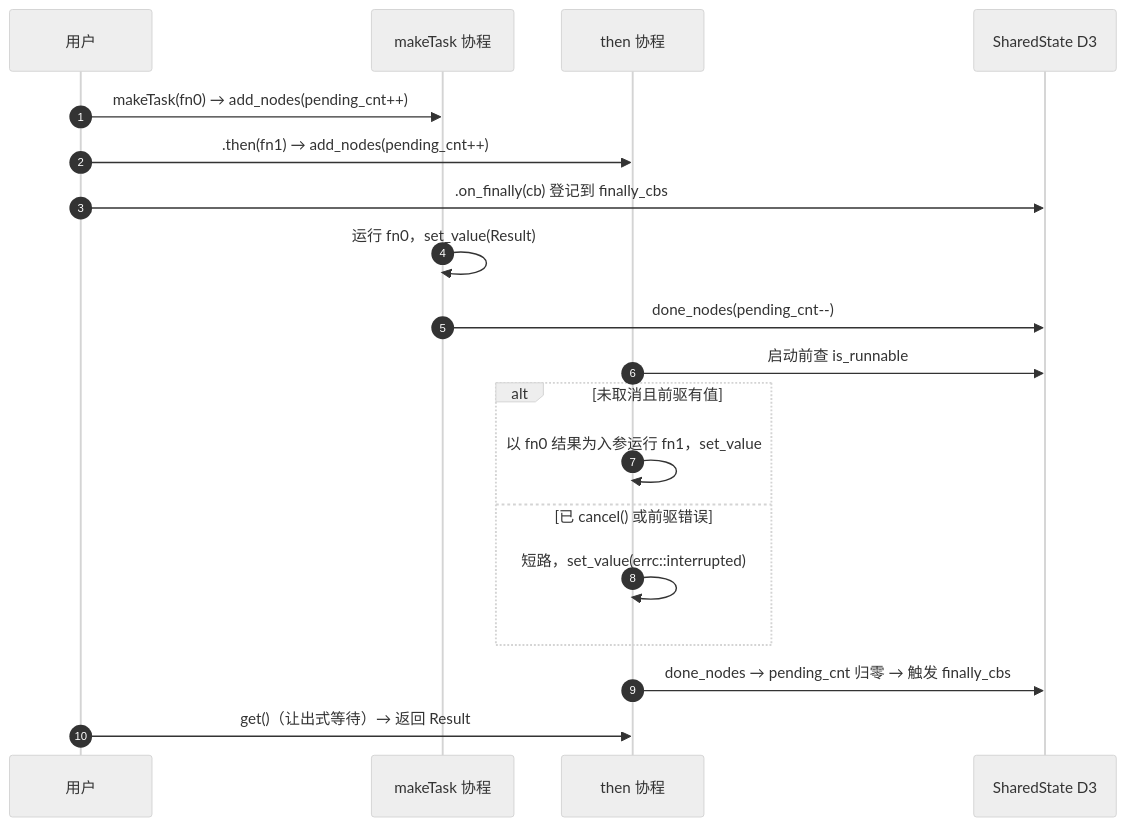
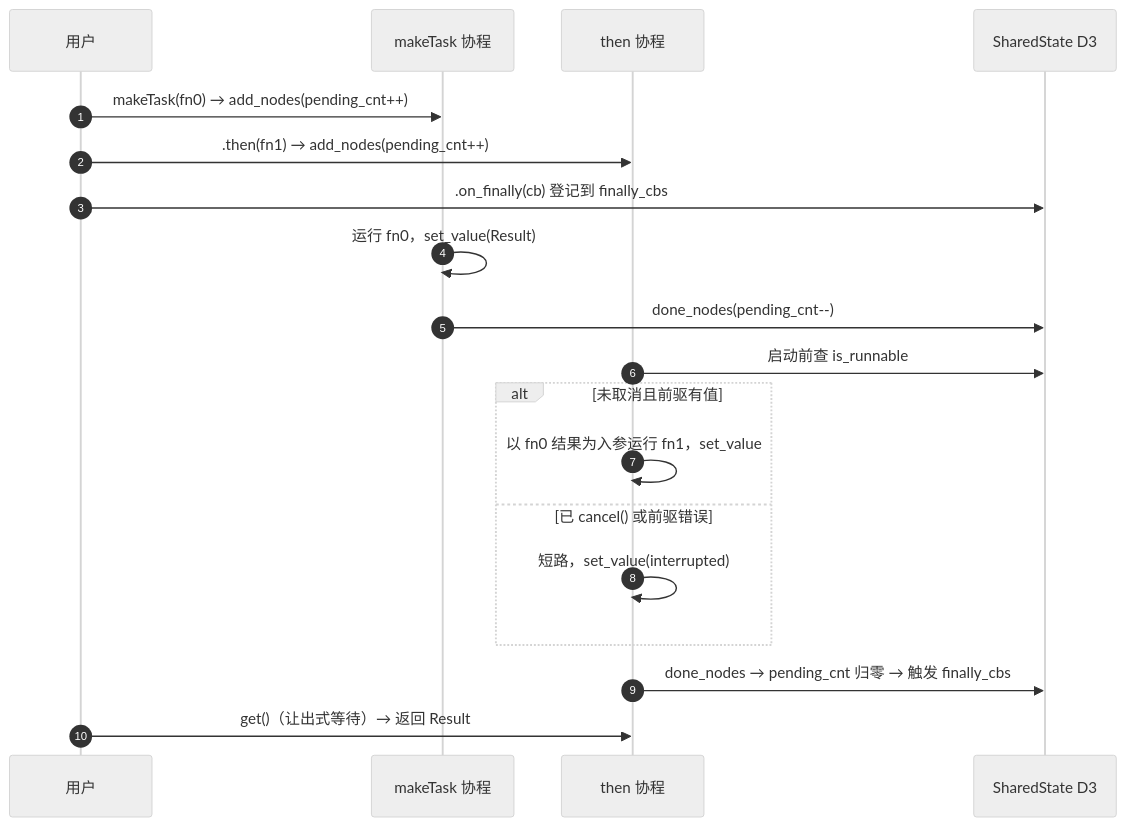
Before and after one commit to Ste7an-cs/AsyncTask: diagram 12 of 16 in doc/软件设计说明.md, drawn with Mermaid (neutral theme). The commit also changed other lines of this file, not shown here.

````diff
--- a/doc/软件设计说明.md
+++ b/doc/软件设计说明.md
@@ -469,22 +487,22 @@
 ```mermaid
 sequenceDiagram
     autonumber
     participant U as 用户
     participant T0 as makeTask 协程
     participant T1 as then 协程
     participant SS as SharedState D3
 
     U->>T0: makeTask(fn0) → add_nodes(pending_cnt++)
     U->>T1: .then(fn1) → add_nodes(pending_cnt++)
     U->>SS: .on_finally(cb) 登记到 finally_cbs
     T0->>T0: 运行 fn0，set_value(Result)
     T0->>SS: done_nodes(pending_cnt--)
     T1->>SS: 启动前查 is_runnable
     alt 未取消且前驱有值
         T1->>T1: 以 fn0 结果为入参运行 fn1，set_value
     else 已 cancel() 或前驱错误
-        T1->>T1: 短路，set_value(errc::interrupted)
+        T1->>T1: 短路，set_value(interrupted)
     end
     T1->>SS: done_nodes → pending_cnt 归零 → 触发 finally_cbs
     U->>T1: get()（让出式等待）→ 返回 Result
 ```
````
